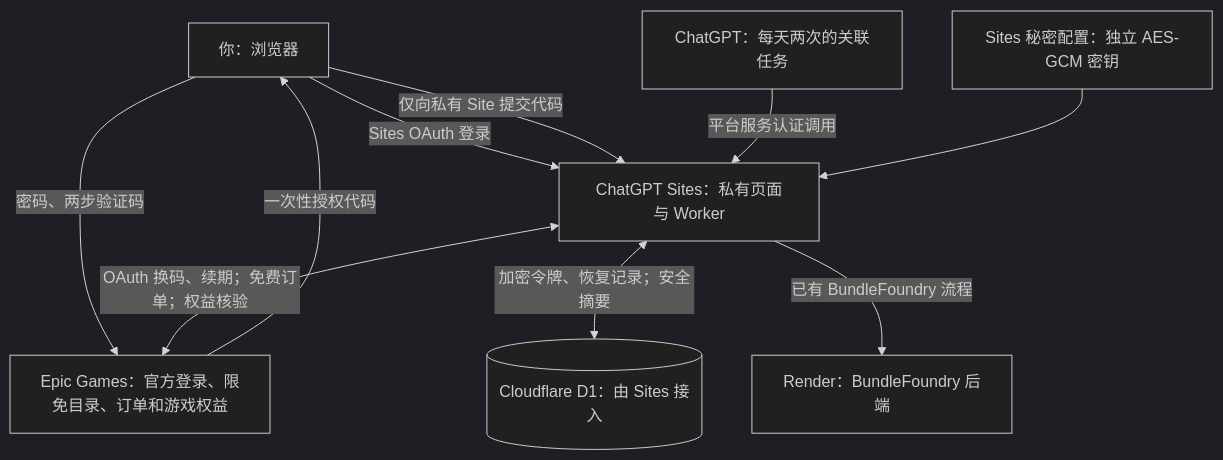
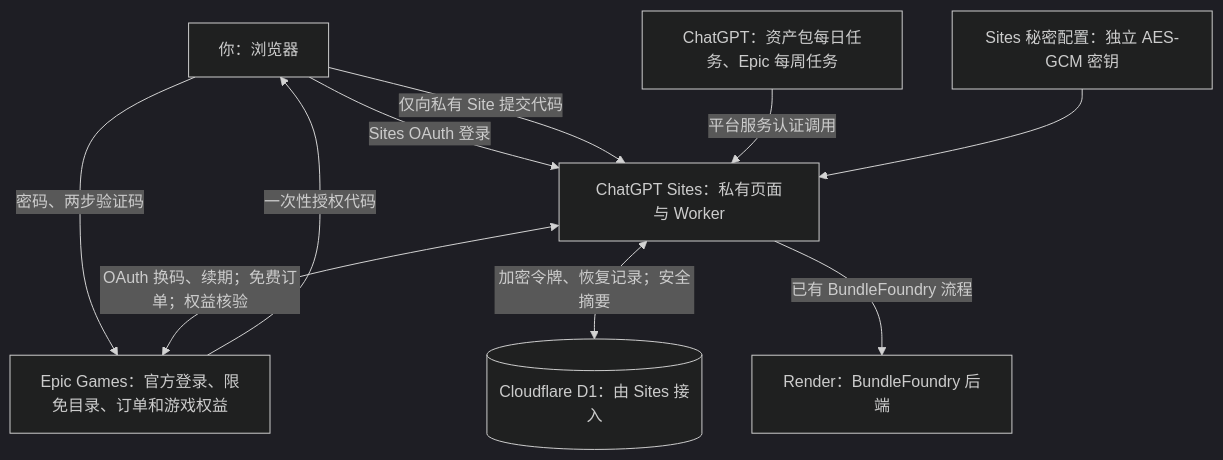
Before and after one commit to EiraWalker/Automation-Tools: the diagram in sites/bundlefoundry-control/docs/epic-automation.md, drawn with Mermaid (dark theme). The commit also changed other lines of this file and 6 other files, not shown here.

````diff
--- a/sites/bundlefoundry-control/docs/epic-automation.md
+++ b/sites/bundlefoundry-control/docs/epic-automation.md
@@ -19,12 +19,12 @@
 ```mermaid
 flowchart TB
     User["你：浏览器"] -->|"Sites OAuth 登录"| Site["ChatGPT Sites：私有页面与 Worker"]
     User -->|"密码、两步验证码"| Epic["Epic Games：官方登录、限免目录、订单和游戏权益"]
     Epic -->|"一次性授权代码"| User
     User -->|"仅向私有 Site 提交代码"| Site
-    Task["ChatGPT：每天两次的关联任务"] -->|"平台服务认证调用"| Site
+    Task["ChatGPT：资产包每日任务、Epic 每周任务"] -->|"平台服务认证调用"| Site
     Secret["Sites 秘密配置：独立 AES-GCM 密钥"] --> Site
     Site <-->|"OAuth 换码、续期；免费订单；权益核验"| Epic
     Site <-->|"加密令牌、恢复记录；安全摘要"| D1[("Cloudflare D1：由 Sites 接入")]
     Site -->|"已有 BundleFoundry 流程"| Render["Render：BundleFoundry 后端"]
 ```
````
